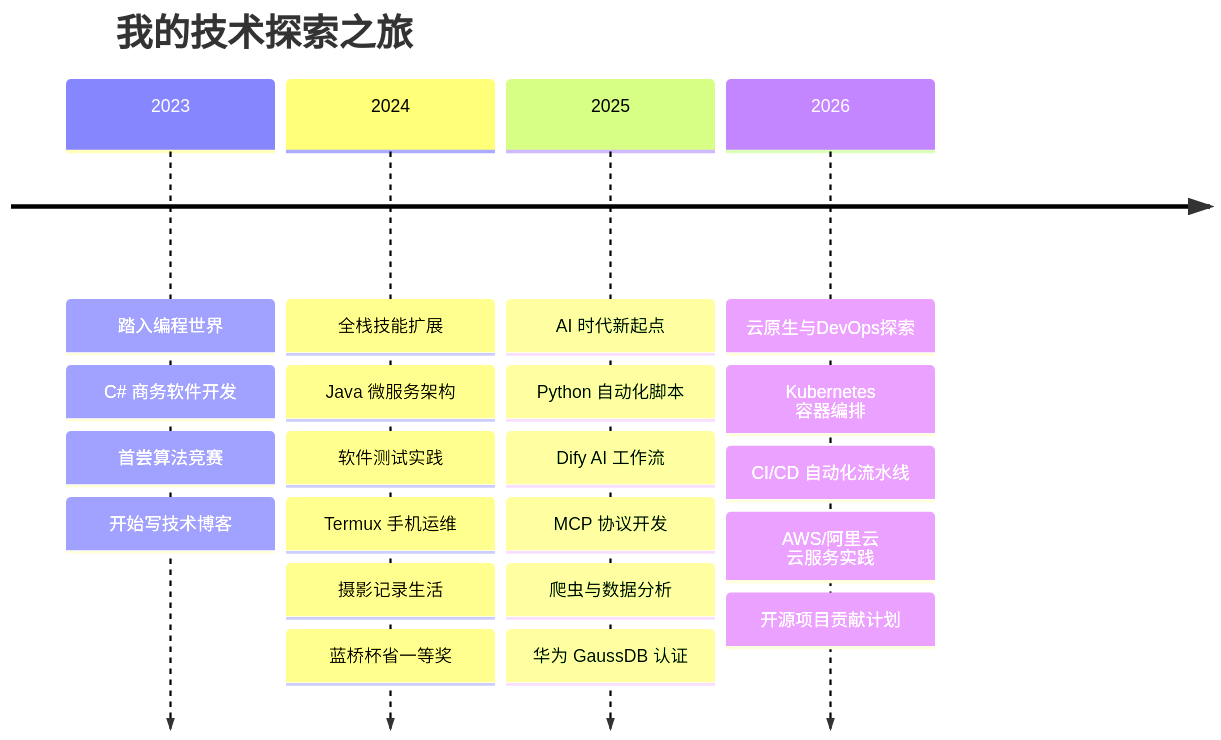
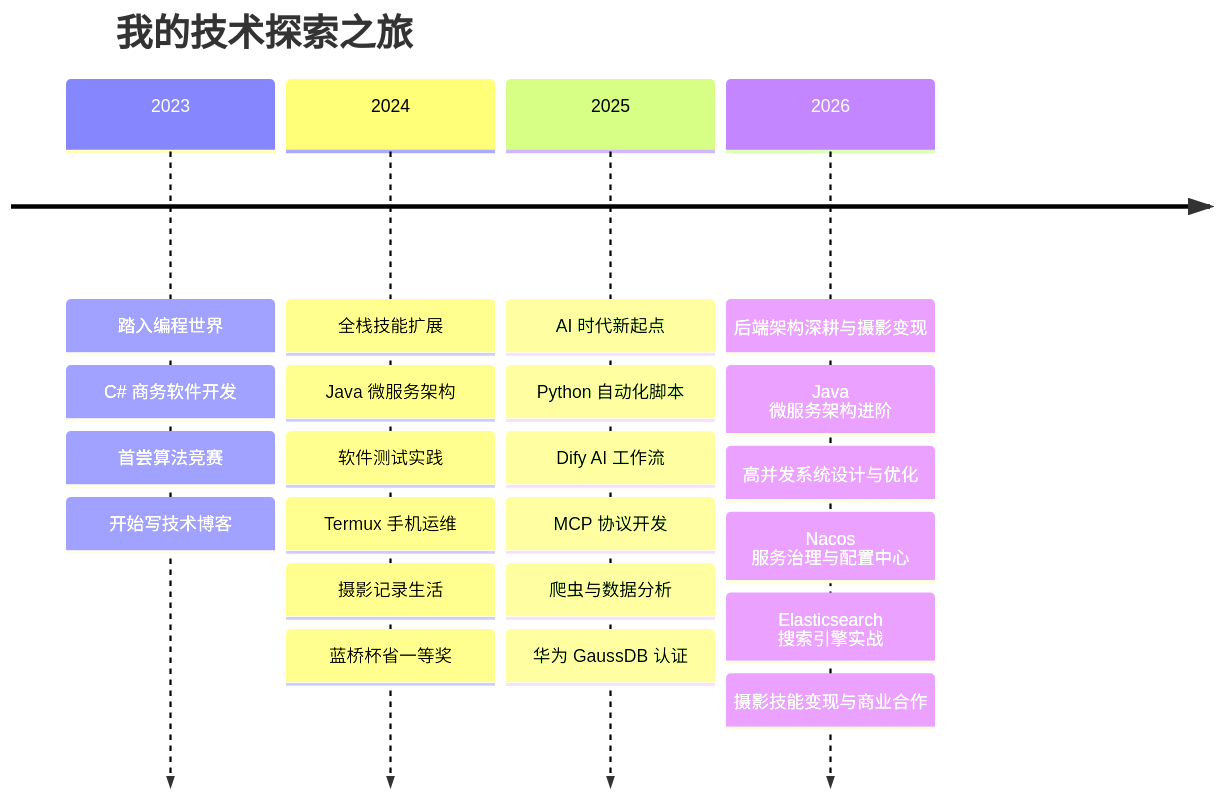
The diagram in README.md (lggyx/lggyx), drawn with Mermaid before and after one commit. The commit also changed other lines of this file, not shown here.

````diff
--- a/README.md
+++ b/README.md
@@ -68,25 +68,26 @@
 ```mermaid
 timeline
     title 我的技术探索之旅
     2023 : 踏入编程世界
          : C# 商务软件开发
          : 首尝算法竞赛
          : 开始写技术博客
     2024 : 全栈技能扩展
          : Java 微服务架构
          : 软件测试实践
          : Termux 手机运维
          : 摄影记录生活
          : 蓝桥杯省一等奖
     2025 : AI 时代新起点
          : Python 自动化脚本
          : Dify AI 工作流
          : MCP 协议开发
          : 爬虫与数据分析
          : 华为 GaussDB 认证
-    2026 : 云原生与DevOps探索
-         : Kubernetes 容器编排
-         : CI/CD 自动化流水线
-         : AWS/阿里云 云服务实践
-         : 开源项目贡献计划
+    2026 : 后端架构深耕与摄影变现
+         : Java 微服务架构进阶
+         : 高并发系统设计与优化
+         : Nacos 服务治理与配置中心
+         : Elasticsearch 搜索引擎实战
+         : 摄影技能变现与商业合作
 ```
````
